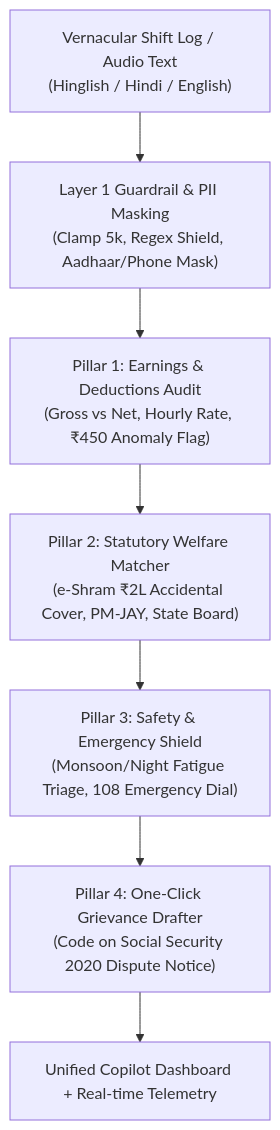
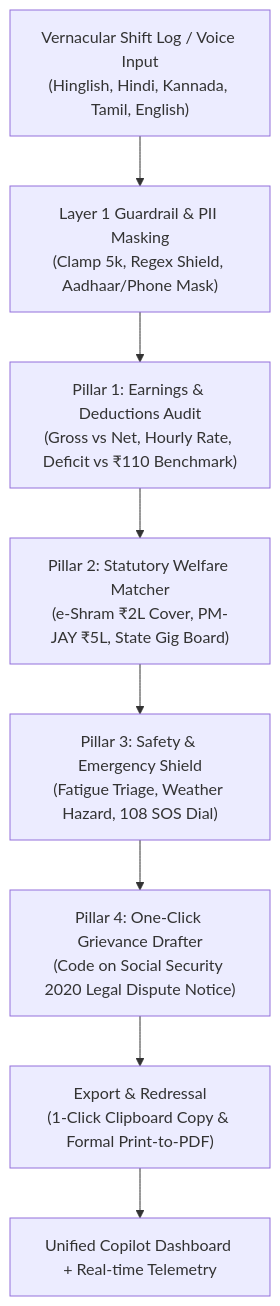
One commit to swaritbkp/h2s_bilota changed the diagram in README.md. Above: the diagram before and after it, drawn with Mermaid. The commit also changed other lines of this file and 12 other files, not shown here.

````diff
--- a/README.md
+++ b/README.md
@@ -24,9 +38,10 @@
 ```mermaid
 flowchart TD
-    A["Vernacular Shift Log / Audio Text<br/>(Hinglish / Hindi / English)"] --> G["Layer 1 Guardrail & PII Masking<br/>(Clamp 5k, Regex Shield, Aadhaar/Phone Mask)"]
-    G --> P1["Pillar 1: Earnings & Deductions Audit<br/>(Gross vs Net, Hourly Rate, ₹450 Anomaly Flag)"]
-    P1 --> P2["Pillar 2: Statutory Welfare Matcher<br/>(e-Shram ₹2L Accidental Cover, PM-JAY, State Board)"]
-    P2 --> P3["Pillar 3: Safety & Emergency Shield<br/>(Monsoon/Night Fatigue Triage, 108 Emergency Dial)"]
-    P3 --> P4["Pillar 4: One-Click Grievance Drafter<br/>(Code on Social Security 2020 Dispute Notice)"]
-    P4 --> OUT["Unified Copilot Dashboard + Real-time Telemetry"]
+    A["Vernacular Shift Log / Voice Input<br/>(Hinglish, Hindi, Kannada, Tamil, English)"] --> G["Layer 1 Guardrail & PII Masking<br/>(Clamp 5k, Regex Shield, Aadhaar/Phone Mask)"]
+    G --> P1["Pillar 1: Earnings & Deductions Audit<br/>(Gross vs Net, Hourly Rate, Deficit vs ₹110 Benchmark)"]
+    P1 --> P2["Pillar 2: Statutory Welfare Matcher<br/>(e-Shram ₹2L Cover, PM-JAY ₹5L, State Gig Board)"]
+    P2 --> P3["Pillar 3: Safety & Emergency Shield<br/>(Fatigue Triage, Weather Hazard, 108 SOS Dial)"]
+    P3 --> P4["Pillar 4: One-Click Grievance Drafter<br/>(Code on Social Security 2020 Legal Dispute Notice)"]
+    P4 --> P5["Export & Redressal<br/>(1-Click Clipboard Copy & Formal Print-to-PDF)"]
+    P5 --> OUT["Unified Copilot Dashboard + Real-time Telemetry"]
 ```
````
